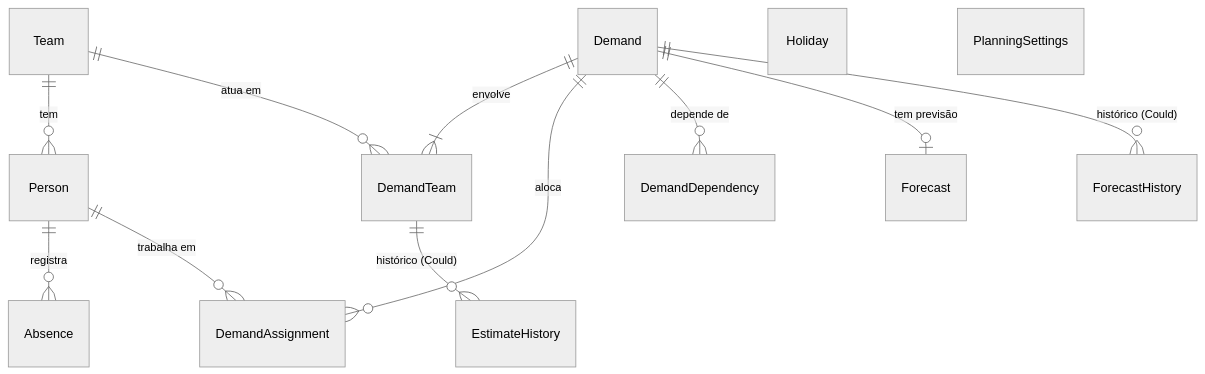
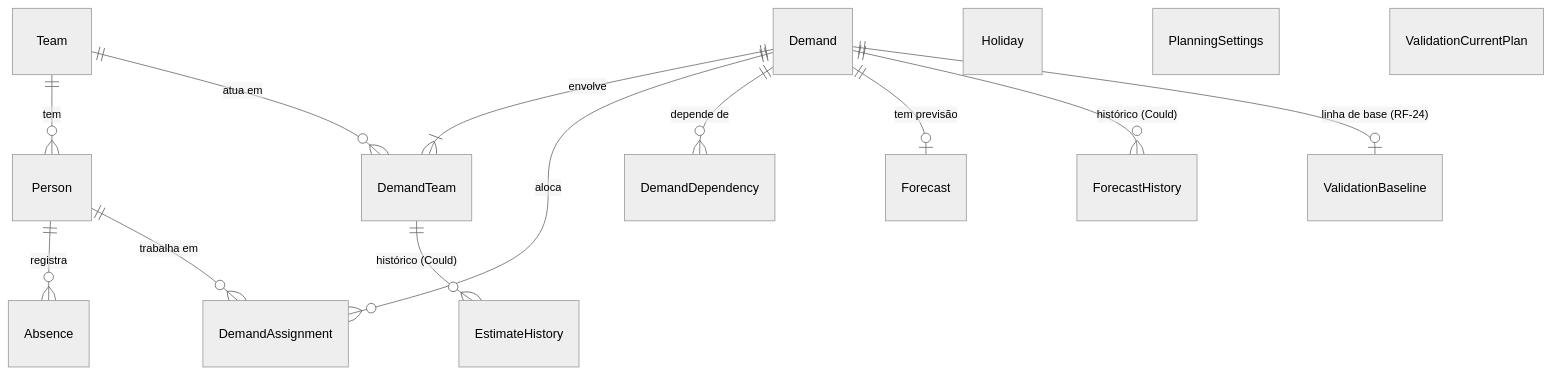
The diagram in docs/TDD.md (pedrohenriquedsdev/coordin), drawn with Mermaid (neutral theme) before and after one commit. The commit also changed other lines of this file, not shown here.

Commit message:
docs(tdd): add simulation validation design and reorder roadmap for team report

````diff
--- a/docs/TDD.md
+++ b/docs/TDD.md
@@ -249,15 +249,17 @@
 ```mermaid
 erDiagram
     Team ||--o{ Person : "tem"
     Person ||--o{ Absence : "registra"
     Demand ||--|{ DemandTeam : "envolve"
     Team ||--o{ DemandTeam : "atua em"
     Demand ||--o{ DemandAssignment : "aloca"
     Person ||--o{ DemandAssignment : "trabalha em"
     Demand ||--o{ DemandDependency : "depende de"
     Demand ||--o| Forecast : "tem previsão"
     Demand ||--o{ ForecastHistory : "histórico (Could)"
     DemandTeam ||--o{ EstimateHistory : "histórico (Could)"
+    Demand ||--o| ValidationBaseline : "linha de base (RF-24)"
     Holiday
     PlanningSettings
+    ValidationCurrentPlan
 ```
````
